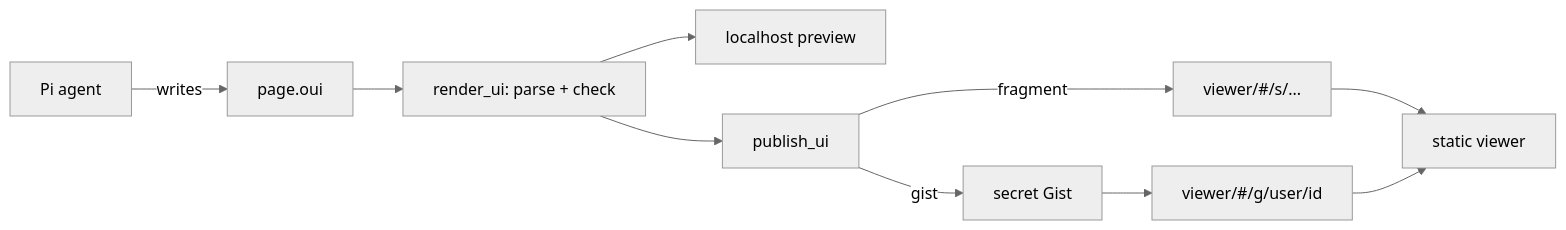
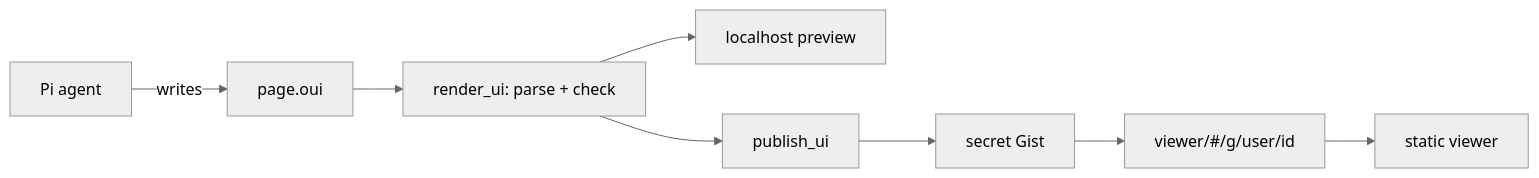
The diagram in docs/design.md (ssiyad/pi-oui), drawn with Mermaid (neutral theme) before and after one commit. The commit also changed other lines of this file and 12 other files, not shown here.

First line of the commit message:
feat: publish pages only to secret Gists, never in the link

````diff
--- a/docs/design.md
+++ b/docs/design.md
@@ -48,11 +48,9 @@
 ```mermaid
 flowchart LR
     Agent["Pi agent"] -->|writes| Page["page.oui"]
     Page --> Check["render_ui: parse + check"]
     Check --> Preview["localhost preview"]
     Check --> Publish["publish_ui"]
-    Publish -->|fragment| Link1["viewer/#/s/..."]
-    Publish -->|gist| Gist["secret Gist"] --> Link2["viewer/#/g/user/id"]
-    Link1 --> Viewer["static viewer"]
-    Link2 --> Viewer
+    Publish --> Gist["secret Gist"] --> Link["viewer/#/g/user/id"]
+    Link --> Viewer["static viewer"]
 ```
````
